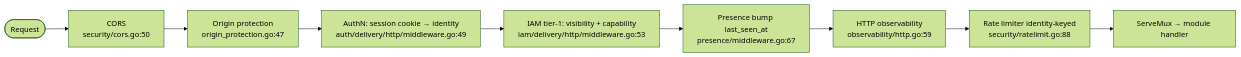
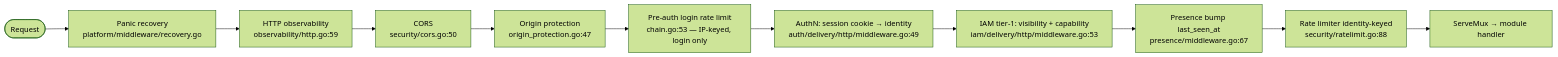
Before and after one commit to developmentconexus-ops/MetalDocs: the second of 4 diagrams in wiki/backend/http-kernel.md, drawn with Mermaid (forest theme). The commit also changed other lines of this file and 19 other files, not shown here.

````diff
--- a/wiki/backend/http-kernel.md
+++ b/wiki/backend/http-kernel.md
@@ -126,11 +131,13 @@
 ```mermaid
 flowchart LR
-    REQ([Request]) --> CORS[CORS<br/>security/cors.go:50]
+    REQ([Request]) --> REC[Panic recovery<br/>platform/middleware/recovery.go]
+    REC --> OBS[HTTP observability<br/>observability/http.go:59]
+    OBS --> CORS[CORS<br/>security/cors.go:50]
     CORS --> ORIG[Origin protection<br/>origin_protection.go:47]
-    ORIG --> AUTHN[AuthN: session cookie → identity<br/>auth/delivery/http/middleware.go:49]
+    ORIG --> PRE[Pre-auth login rate limit<br/>chain.go:53 — IP-keyed, login only]
+    PRE --> AUTHN[AuthN: session cookie → identity<br/>auth/delivery/http/middleware.go:49]
     AUTHN --> IAM[IAM tier-1: visibility + capability<br/>iam/delivery/http/middleware.go:53]
     IAM --> BUMP[Presence bump last_seen_at<br/>presence/middleware.go:67]
-    BUMP --> OBS[HTTP observability<br/>observability/http.go:59]
-    OBS --> RL[Rate limiter identity-keyed<br/>security/ratelimit.go:88]
+    BUMP --> RL[Rate limiter identity-keyed<br/>security/ratelimit.go:88]
     RL --> MUX[ServeMux → module handler]
 ```
````
